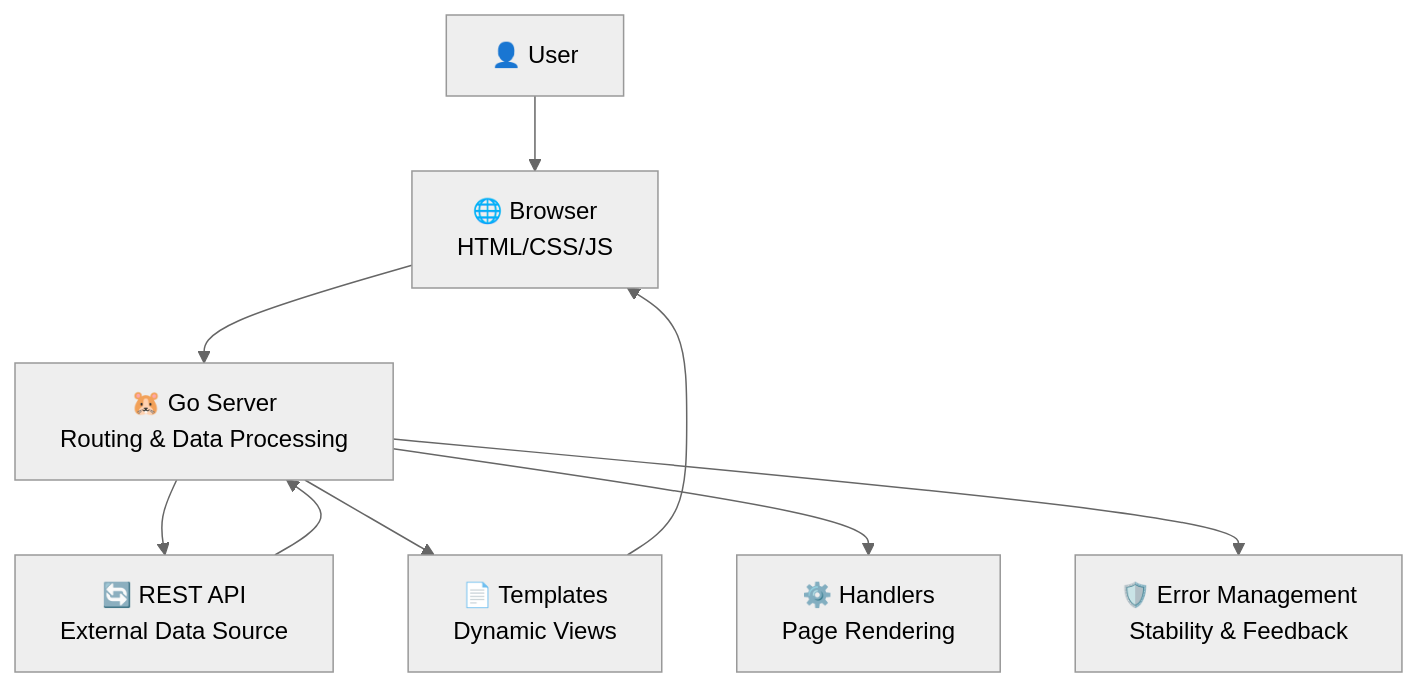
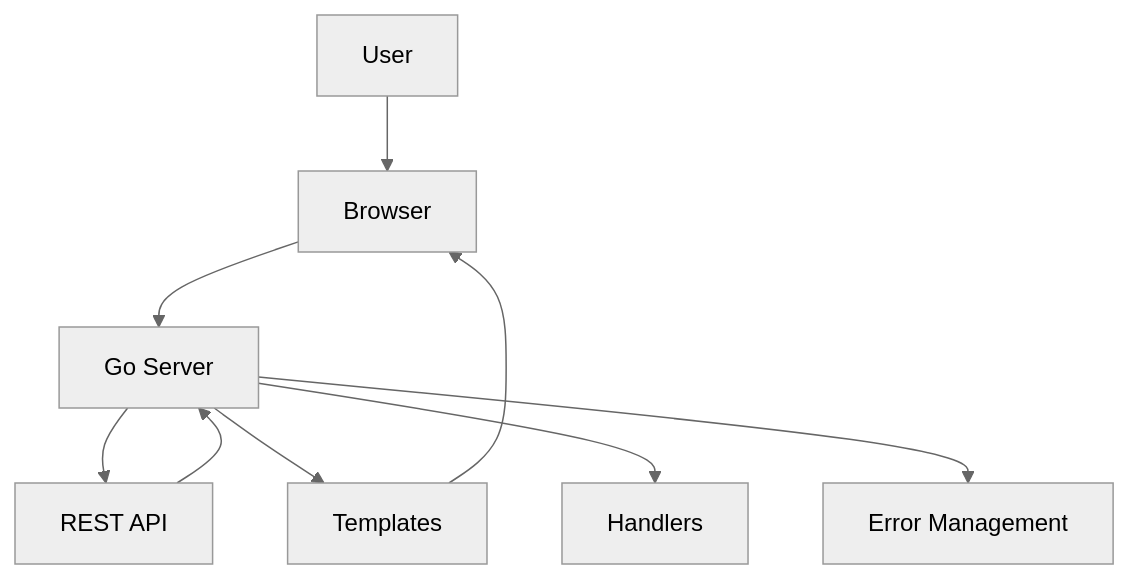
Before and after one commit to sahmedhusain/harmonyhub: the diagram in README.md, drawn with Mermaid (neutral theme).

Commit message:
final edit for mermaid, fixed

````diff
--- a/README.md
+++ b/README.md
@@ -163,11 +163,11 @@
 ```mermaid
-graph TD
-    User["👤 User"] --> Browser["🌐 Browser\nHTML/CSS/JS"]
-    Browser --> Server["🐹 Go Server\nRouting & Data Processing"]
-    Server --> API["🔄 REST API\nExternal Data Source"]
+flowchart TD
+    User[User] --> Browser[Browser]
+    Browser --> Server[Go Server]
+    Server --> API[REST API]
     API --> Server
-    Server --> Templates["📄 Templates\nDynamic Views"]
+    Server --> Templates[Templates]
     Templates --> Browser
-    Server --> Handlers["⚙️ Handlers\nPage Rendering"]
-    Server --> ErrorManagement["🛡️ Error Management\nStability & Feedback"]
+    Server --> Handlers[Handlers]
+    Server --> ErrorManagement[Error Management]
 ```
````
